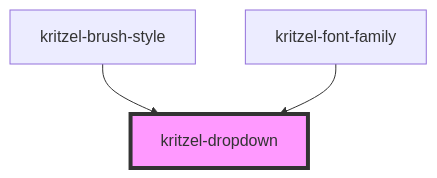
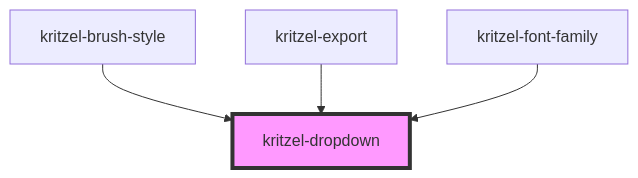
The diagram in libs/kritzel-stencil/src/components/shared/kritzel-dropdown/readme.md (kasual1/kritzel), drawn with Mermaid before and after one commit. The commit also changed other lines of this file and 469 other files, not shown here.

````diff
--- a/libs/kritzel-stencil/src/components/shared/kritzel-dropdown/readme.md
+++ b/libs/kritzel-stencil/src/components/shared/kritzel-dropdown/readme.md
@@ -33,6 +35,7 @@
 ```mermaid
 graph TD;
   kritzel-brush-style --> kritzel-dropdown
+  kritzel-export --> kritzel-dropdown
   kritzel-font-family --> kritzel-dropdown
   style kritzel-dropdown fill:#f9f,stroke:#333,stroke-width:4px
 ```
````
